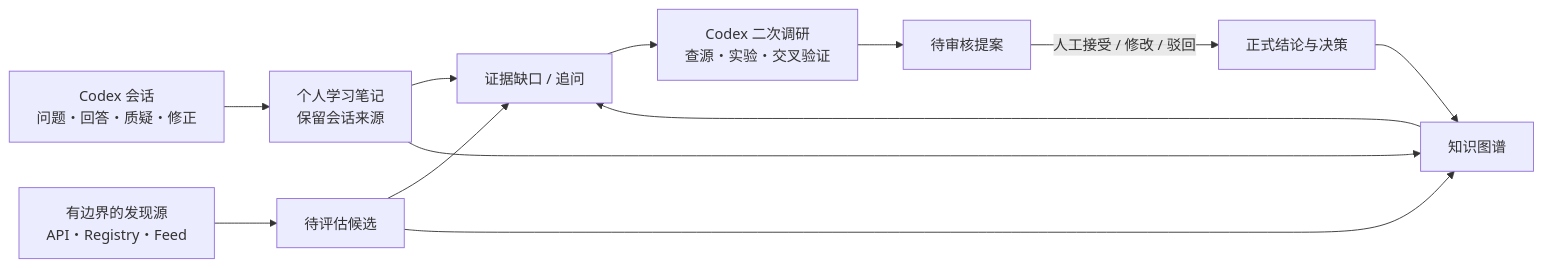
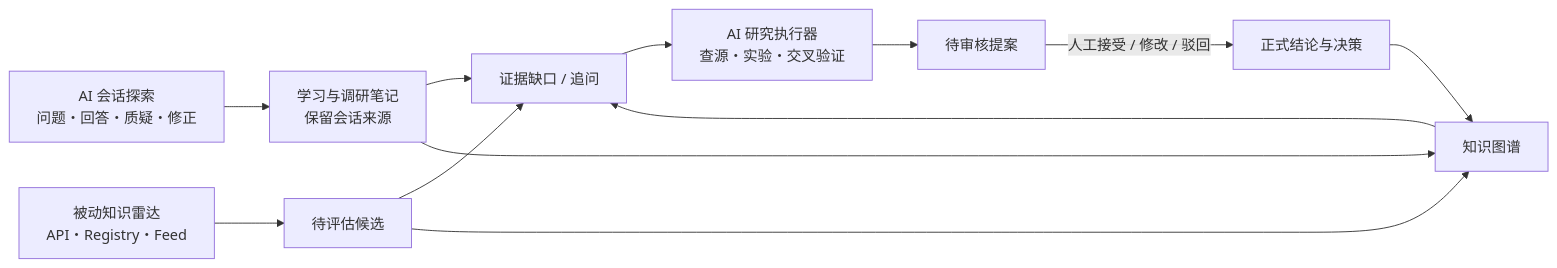
Before and after one commit to WXD7/agent-tech-radar: the diagram in README.md, drawn with Mermaid. The commit also changed other lines of this file and 4 other files, not shown here.

````diff
--- a/README.md
+++ b/README.md
@@ -71,14 +94,14 @@
 ```mermaid
 flowchart LR
-    Conversation["Codex 会话\n问题・回答・质疑・修正"] --> Notes["个人学习笔记\n保留会话来源"]
-    Discovery["有边界的发现源\nAPI・Registry・Feed"] --> Candidates["待评估候选"]
+    Conversation["AI 会话探索\n问题・回答・质疑・修正"] --> Notes["学习与调研笔记\n保留会话来源"]
+    Discovery["被动知识雷达\nAPI・Registry・Feed"] --> Candidates["待评估候选"]
     Notes --> Gaps["证据缺口 / 追问"]
     Candidates --> Gaps
-    Gaps --> Research["Codex 二次调研\n查源・实验・交叉验证"]
+    Gaps --> Research["AI 研究执行器\n查源・实验・交叉验证"]
     Research --> Proposals["待审核提案"]
     Proposals -->|"人工接受 / 修改 / 驳回"| Knowledge["正式结论与决策"]
     Knowledge --> Graph["知识图谱"]
     Notes --> Graph
     Candidates --> Graph
     Graph --> Gaps
 ```
````
